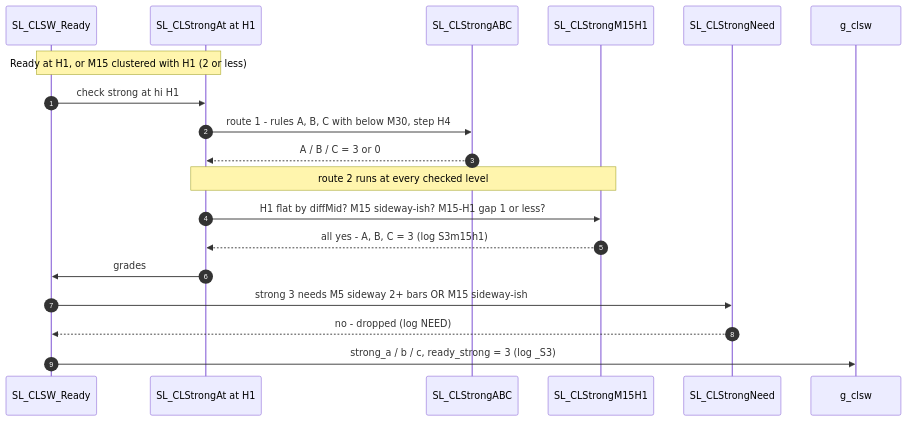
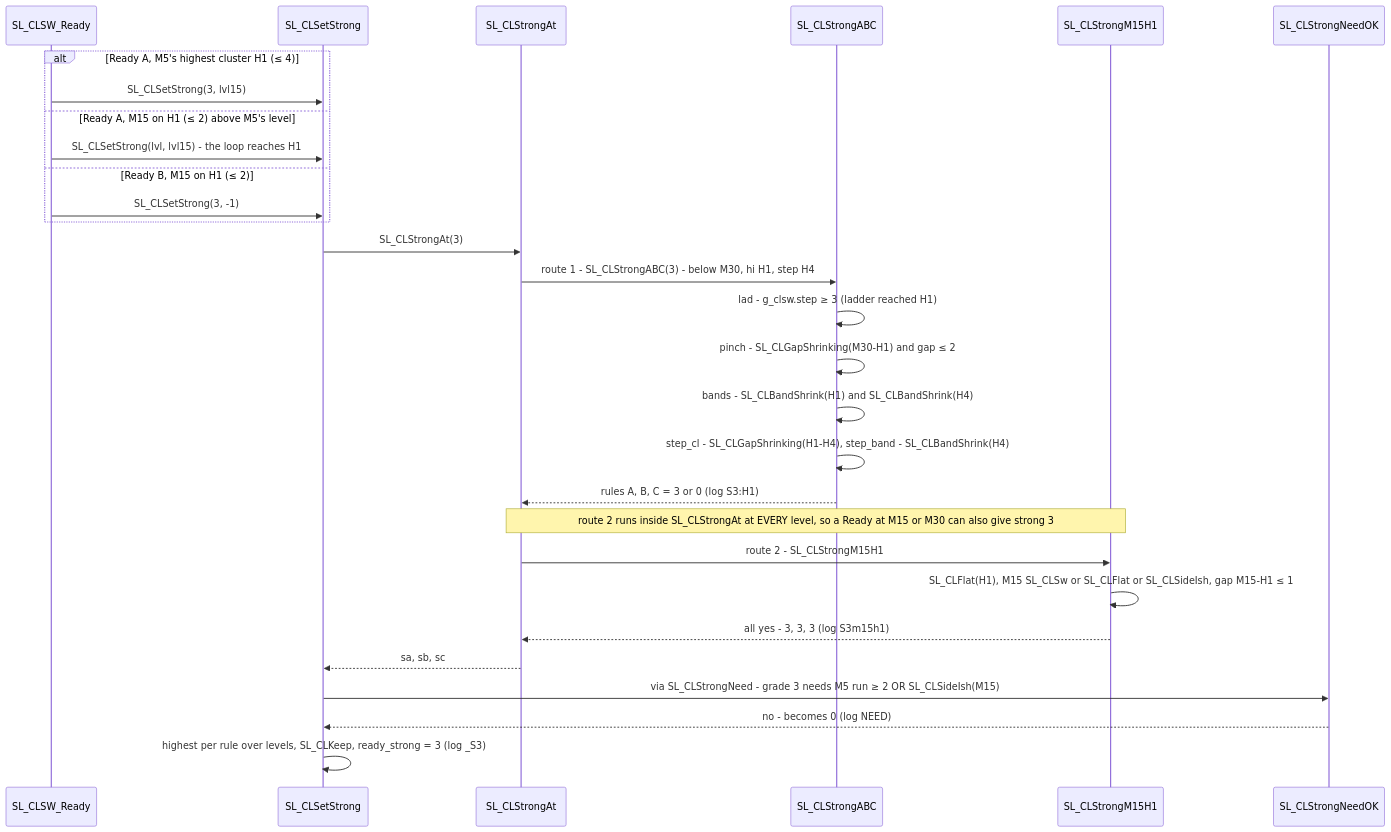
The fifth of 14 diagrams in references/CLSW_BreakoutV3_Requirements_Architecture.md (Terrypang89/BB_MTF_M15_STRATEGY), drawn with Mermaid before and after one commit. The commit also changed other lines of this file, not shown here.

Commit message:
update CLSW_BreakoutV3 with more detail of sequence diagram and strong function

````diff
--- a/references/CLSW_BreakoutV3_Requirements_Architecture.md
+++ b/references/CLSW_BreakoutV3_Requirements_Architecture.md
@@ -290,22 +318,32 @@
 ```mermaid
 sequenceDiagram
-    autonumber
     participant RDY as SL_CLSW_Ready
-    participant AT as SL_CLStrongAt at H1
+    participant SET as SL_CLSetStrong
+    participant AT as SL_CLStrongAt
     participant ABC as SL_CLStrongABC
     participant M1 as SL_CLStrongM15H1
-    participant NEED as SL_CLStrongNeed
-    participant G as g_clsw
+    participant NEED as SL_CLStrongNeedOK
 
-    Note over RDY,AT: Ready at H1, or M15 clustered with H1 (2 or less)
-    RDY->>AT: check strong at hi H1
-    AT->>ABC: route 1 - rules A, B, C with below M30, step H4
-    ABC-->>AT: A / B / C = 3 or 0
-    Note over AT,M1: route 2 runs at every checked level
-    AT->>M1: H1 flat by diffMid? M15 sideway-ish? M15-H1 gap 1 or less?
-    M1-->>AT: all yes - A, B, C = 3 (log S3m15h1)
-    AT->>RDY: grades
-    RDY->>NEED: strong 3 needs M5 sideway 2+ bars OR M15 sideway-ish
-    NEED-->>RDY: no - dropped (log NEED)
-    RDY->>G: strong_a / b / c, ready_strong = 3 (log _S3)
+    alt Ready A, M5's highest cluster H1 (≤ 4)
+        RDY->>SET: SL_CLSetStrong(3, lvl15)
+    else Ready A, M15 on H1 (≤ 2) above M5's level
+        RDY->>SET: SL_CLSetStrong(lvl, lvl15) - the loop reaches H1
+    else Ready B, M15 on H1 (≤ 2)
+        RDY->>SET: SL_CLSetStrong(3, -1)
+    end
+    SET->>AT: SL_CLStrongAt(3)
+    AT->>ABC: route 1 - SL_CLStrongABC(3) - below M30, hi H1, step H4
+    ABC->>ABC: lad - g_clsw.step ≥ 3 (ladder reached H1)
+    ABC->>ABC: pinch - SL_CLGapShrinking(M30-H1) and gap ≤ 2
+    ABC->>ABC: bands - SL_CLBandShrink(H1) and SL_CLBandShrink(H4)
+    ABC->>ABC: step_cl - SL_CLGapShrinking(H1-H4), step_band - SL_CLBandShrink(H4)
+    ABC-->>AT: rules A, B, C = 3 or 0 (log S3:H1)
+    Note over AT,M1: route 2 runs inside SL_CLStrongAt at EVERY level, so a Ready at M15 or M30 can also give strong 3
+    AT->>M1: route 2 - SL_CLStrongM15H1
+    M1->>M1: SL_CLFlat(H1), M15 SL_CLSw or SL_CLFlat or SL_CLSideIsh, gap M15-H1 ≤ 1
+    M1-->>AT: all yes - 3, 3, 3 (log S3m15h1)
+    AT-->>SET: sa, sb, sc
+    SET->>NEED: via SL_CLStrongNeed - grade 3 needs M5 run ≥ 2 OR SL_CLSideIsh(M15)
+    NEED-->>SET: no - becomes 0 (log NEED)
+    SET->>SET: highest per rule over levels, SL_CLKeep, ready_strong = 3 (log _S3)
 ```
````
